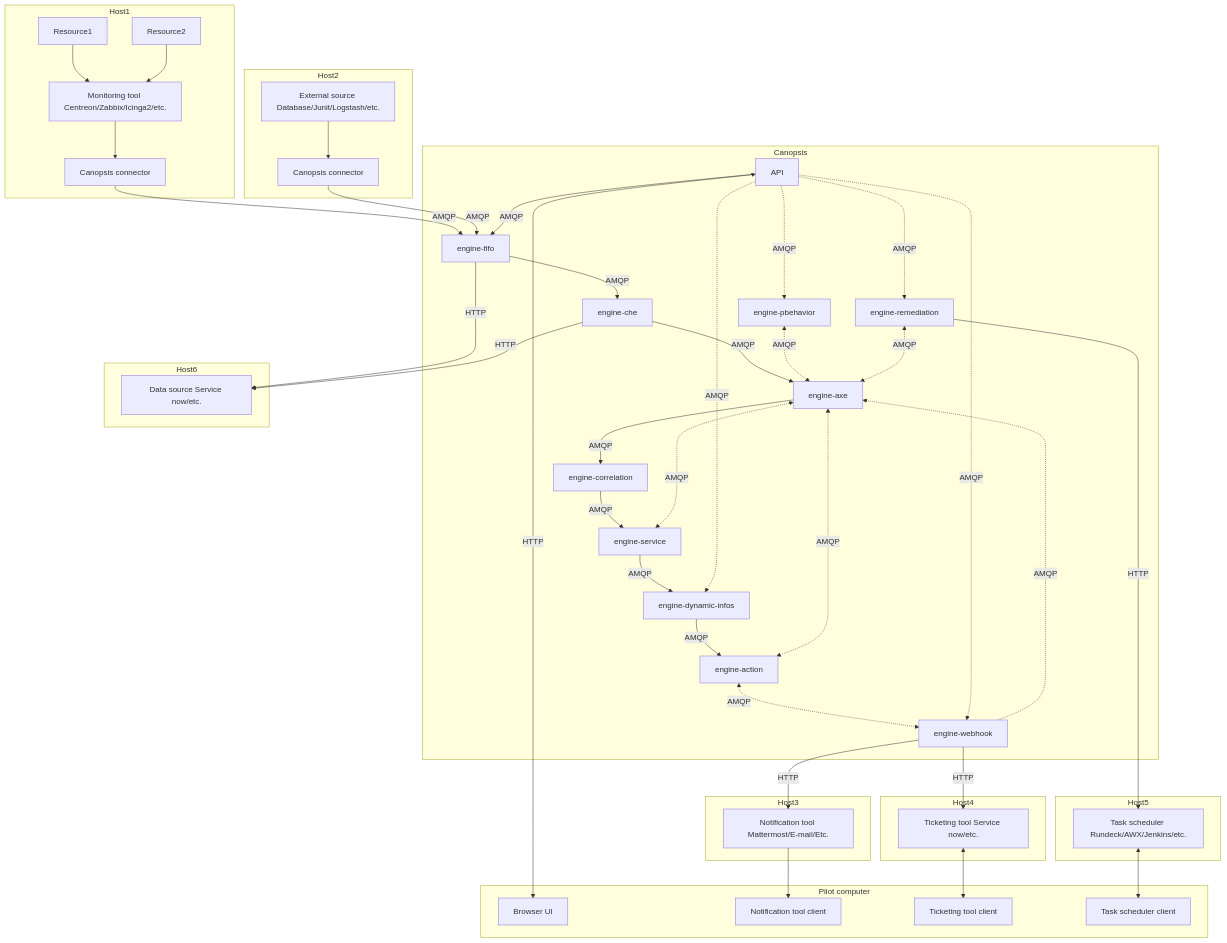
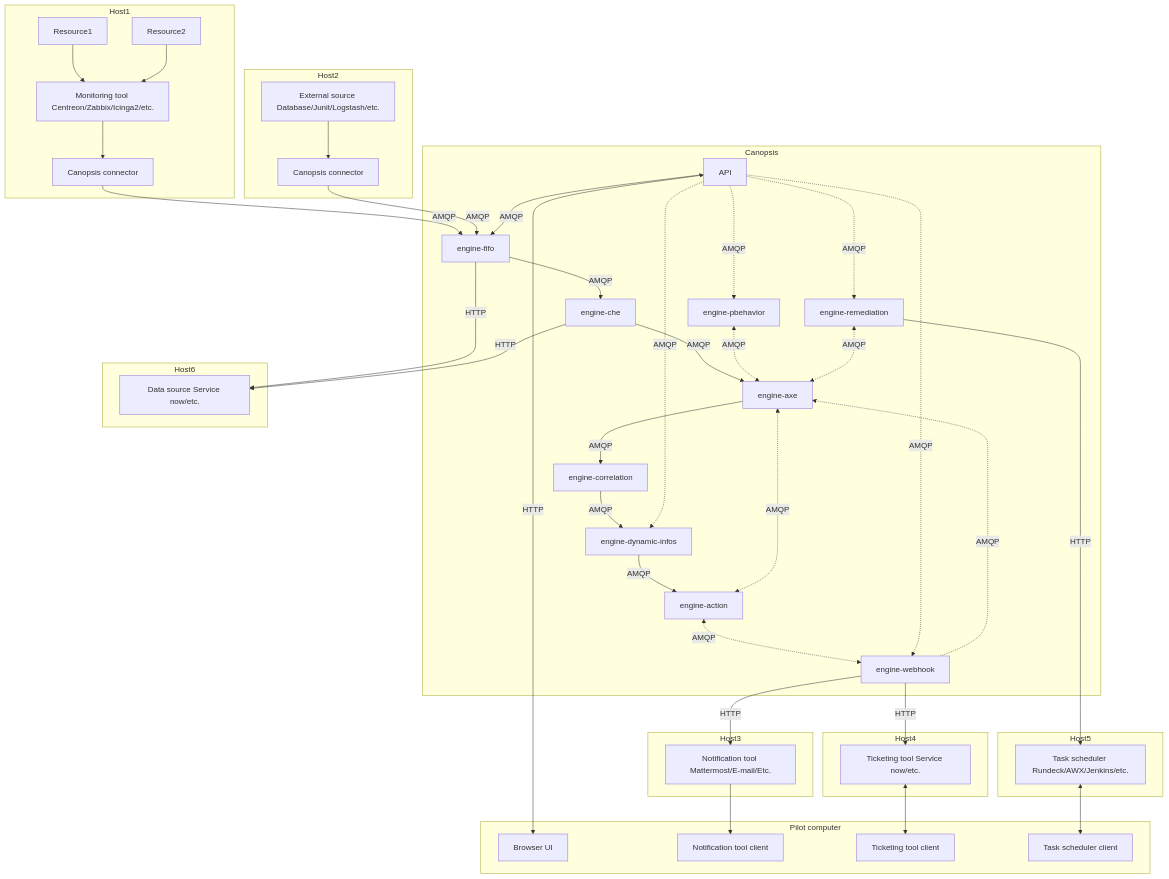
One commit to capensis/canopsis changed the first of 2 diagrams in community/sources/docs/en/schemas/all-engines.md. Above: the diagram before and after it, drawn with Mermaid. The commit also changed other lines of this file and 10 other files, not shown here.

````diff
--- a/community/sources/docs/en/schemas/all-engines.md
+++ b/community/sources/docs/en/schemas/all-engines.md
@@ -9,76 +9,73 @@
 ```mermaid
 flowchart
     subgraph Host1
         H1R1[Resource1]
         H1R2[Resource2]
         H1MT[Monitoring tool Centreon/Zabbix/Icinga2/etc.]
         H1C[Canopsis connector]
         H1R1 --> H1MT
         H1R2 --> H1MT
         H1MT --> H1C
     end
     subgraph Host2
         H2R[External source Database/Junit/Logstash/etc.]
         H2C[Canopsis connector]
         H2R --> H2C
     end
     H1C -- AMQP --> EF
     H2C -- AMQP --> EF
     subgraph Canopsis
         EAC[engine-action]
         EAX[engine-axe]
         ECH[engine-che]
         EF[engine-fifo]
         EPH[engine-pbehavior]
-        ESE[engine-service]
         ECO[engine-correlation]
         EDI[engine-dynamic-infos]
         ER[engine-remediation]
         EW[engine-webhook]
         A[API]
         EF -- AMQP --> ECH
         ECH -- AMQP --> EAX
         EAX -- AMQP --> ECO
-        ECO -- AMQP --> ESE
-        ESE -- AMQP --> EDI
+        ECO -- AMQP --> EDI
         EDI -- AMQP --> EAC
         A -- AMQP --> EF
         EPH <-. AMQP .-> EAX
         A -. AMQP .-> EPH
         ER <-. AMQP .-> EAX
         EW -. AMQP .-> EAX
         EAC <-. AMQP .-> EW
         EAC <-. AMQP .-> EAX
-        ESE <-. AMQP .-> EAX
         A -. AMQP .-> EDI
         A -. AMQP .-> ER
         A -. AMQP .-> EW
     end
     subgraph Pilot computer
         UI[Browser UI]
         NTC[Notification tool client]
         TTC[Ticketing tool client]
         TSC[Task scheduler client]
     end
     A <-- HTTP --> UI
     subgraph Host3
         NT[Notification tool Mattermost/E-mail/Etc.]
     end
     EW -- HTTP --> NT
     NT --> NTC
     subgraph Host4
         TT[Ticketing tool Service now/etc.]
     end
     EW -- HTTP --> TT
     TT <--> TTC
     subgraph Host5
         TS[Task scheduler Rundeck/AWX/Jenkins/etc.]
     end
     ER -- HTTP --> TS
     TS <--> TSC
     subgraph Host6
         DS[Data source Service now/etc.]
     end
     EF -- HTTP --> DS
     ECH -- HTTP --> DS
 ```
````
